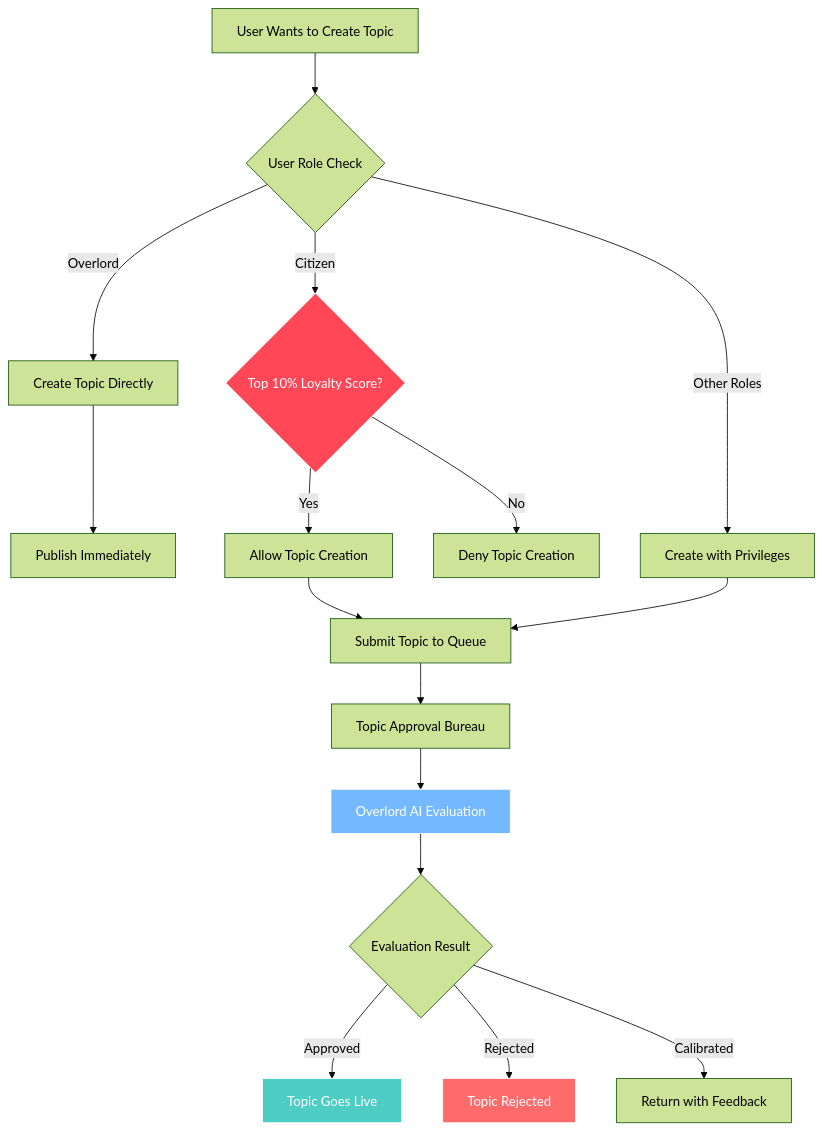
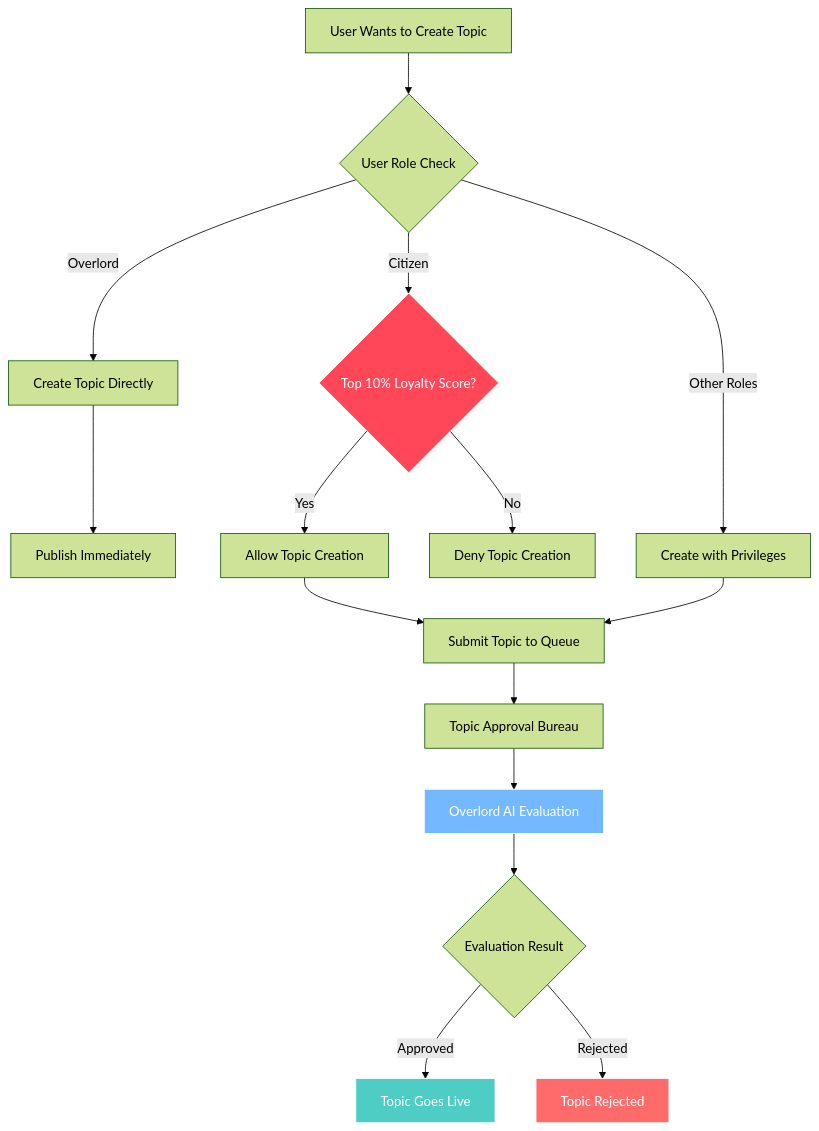
The first of 2 diagrams in docs/business-requirements/06-topics-content.md (joshSzep/therobotoverlord-mono), drawn with Mermaid (forest theme) before and after one commit. The commit also changed other lines of this file and 12 other files, not shown here.

````diff
--- a/docs/business-requirements/06-topics-content.md
+++ b/docs/business-requirements/06-topics-content.md
@@ -5,27 +5,26 @@
 ```mermaid
 flowchart TD
     A[User Wants to Create Topic] --> B{User Role Check}
     B -->|Overlord| C[Create Topic Directly]
     B -->|Citizen| D{Top 10% Loyalty Score?}
     B -->|Other Roles| E[Create with Privileges]
     
     D -->|Yes| F[Allow Topic Creation]
     D -->|No| G[Deny Topic Creation]
     
     F --> H[Submit Topic to Queue]
     E --> H
     C --> I[Publish Immediately]
     
     H --> J[Topic Approval Bureau]
     J --> K[Overlord AI Evaluation]
     K --> L{Evaluation Result}
     
     L -->|Approved| M[Topic Goes Live]
     L -->|Rejected| N[Topic Rejected]
-    L -->|Calibrated| O[Return with Feedback]
     
     style D fill:#ff4757,stroke:#fff,color:#fff
     style K fill:#74b9ff,stroke:#fff,color:#fff
     style M fill:#4ecdc4,stroke:#fff,color:#fff
     style N fill:#ff6b6b,stroke:#fff,color:#fff
 ```
````
